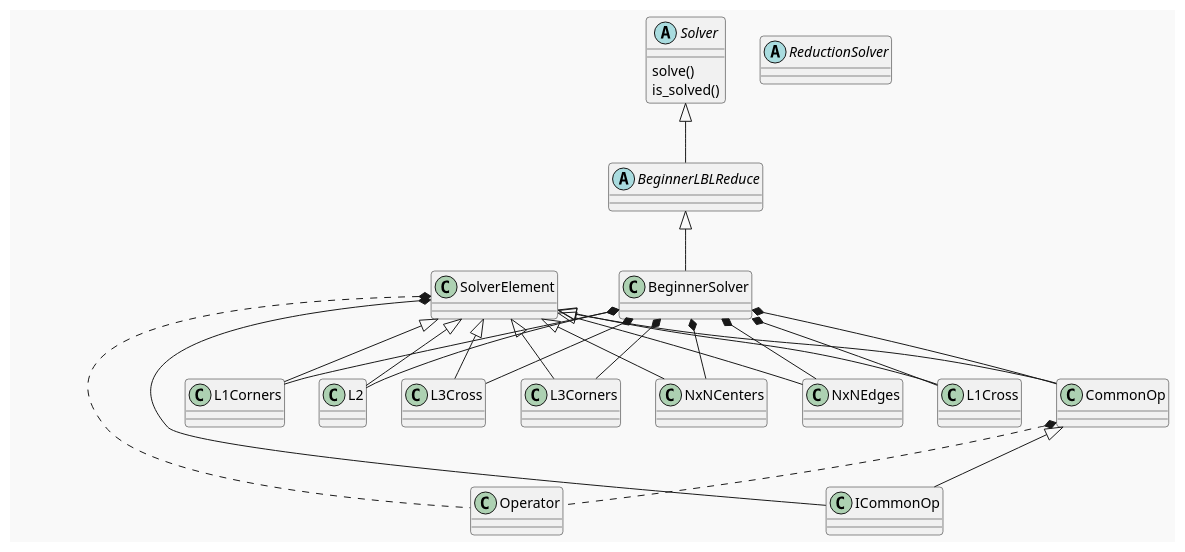
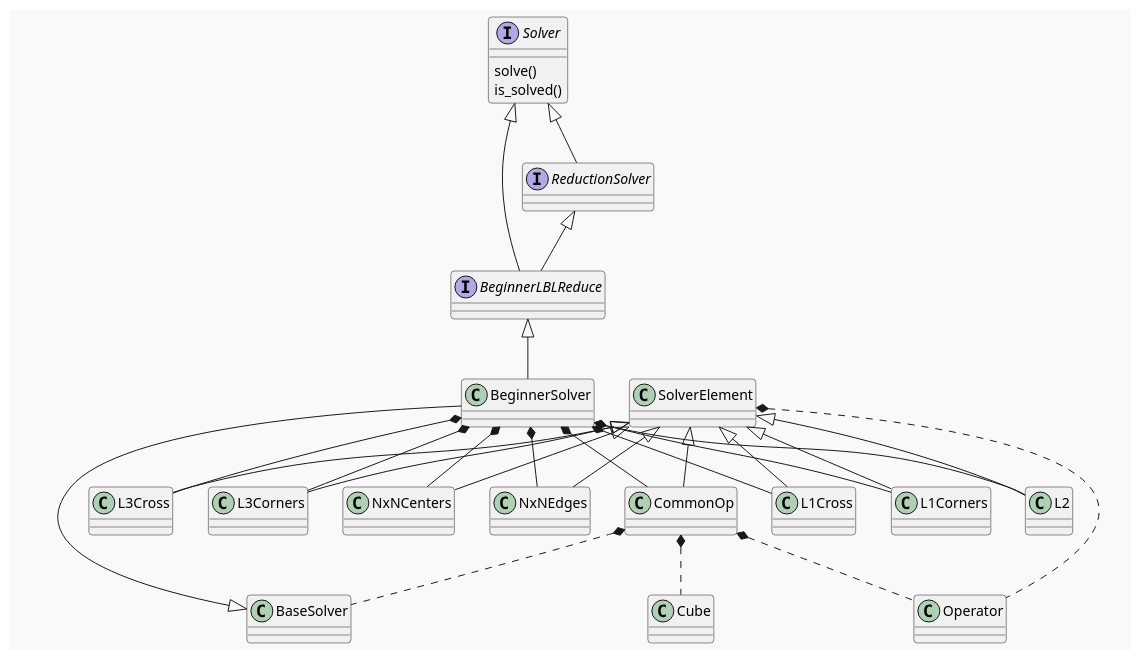
Before and after one commit to boaznahum/cubesolve: the diagram in cube/solver/solver.puml, drawn with PlantUML. The commit also changed 19 other files, not shown here.

```diff
--- a/cube/solver/solver.puml
+++ b/cube/solver/solver.puml
@@ -1,44 +1,49 @@
 @startuml
 !theme mars
 
 'https://plantuml.com/class-diagram
 
-abstract class Solver {
+interface Solver {
     solve()
     is_solved()
 }
-abstract class ReductionSolver
-abstract class BeginnerLBLReduce
+interface ReductionSolver
+interface BeginnerLBLReduce
 
-class BeginnerSolver
+Solver <|-- ReductionSolver
+
 
 
 
 Solver <|-- BeginnerLBLReduce
+ReductionSolver <|-- BeginnerLBLReduce
+
+class BeginnerSolver
+
 BeginnerLBLReduce <|-- BeginnerSolver
+BaseSolver <|-- BeginnerSolver
 
+CommonOp *.. Operator
+CommonOp *.. BaseSolver
+CommonOp *.. Cube
 
-CommonOp <|-- ICommonOp
-CommonOp *.. Operator
-
-SolverElement *-- ICommonOp
 SolverElement *.. Operator
 
 SolverElement <|-- CommonOp
 SolverElement <|-- L1Cross
 SolverElement <|-- L1Corners
 SolverElement <|-- L2
 SolverElement <|-- L3Cross
 SolverElement <|-- L3Corners
 SolverElement <|-- NxNCenters
 SolverElement <|-- NxNEdges
 
 BeginnerSolver *-- CommonOp
 BeginnerSolver *-- L1Cross
 BeginnerSolver *-- L1Corners
 BeginnerSolver *-- L2
 BeginnerSolver *-- L3Cross
 BeginnerSolver *-- L3Corners
 BeginnerSolver *-- NxNCenters
 BeginnerSolver *-- NxNEdges
 @enduml
```
